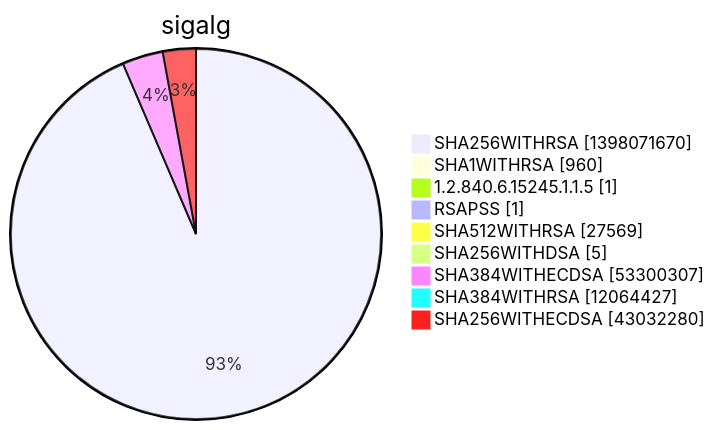
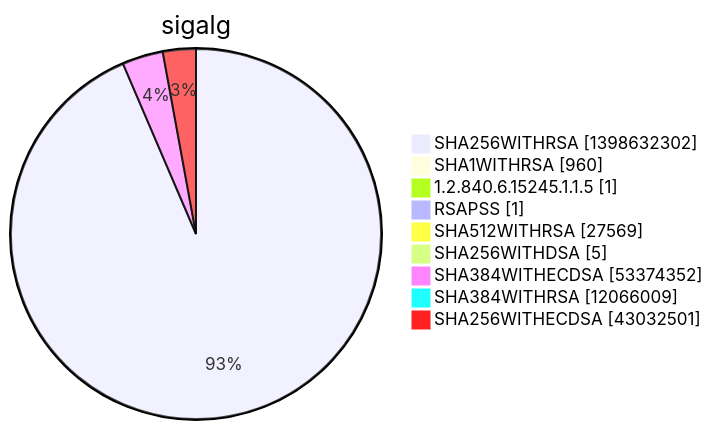
Diagram 15 of 15 in argon2022/README.md (christiankrug/ctmonitor_visualization), drawn with Mermaid before and after one commit. The commit also changed other lines of this file, not shown here.

````diff
--- a/argon2022/README.md
+++ b/argon2022/README.md
@@ -5524,13 +5524,13 @@
 ```mermaid
 pie showData
 title sigalg
-"SHA256WITHRSA" :1398071670
+"SHA256WITHRSA" :1398632302
 "SHA1WITHRSA" :960
 "1.2.840.6.15245.1.1.5" :1
 "RSAPSS" :1
 "SHA512WITHRSA" :27569
 "SHA256WITHDSA" :5
-"SHA384WITHECDSA" :53300307
-"SHA384WITHRSA" :12064427
-"SHA256WITHECDSA" :43032280
+"SHA384WITHECDSA" :53374352
+"SHA384WITHRSA" :12066009
+"SHA256WITHECDSA" :43032501
 ```
````
